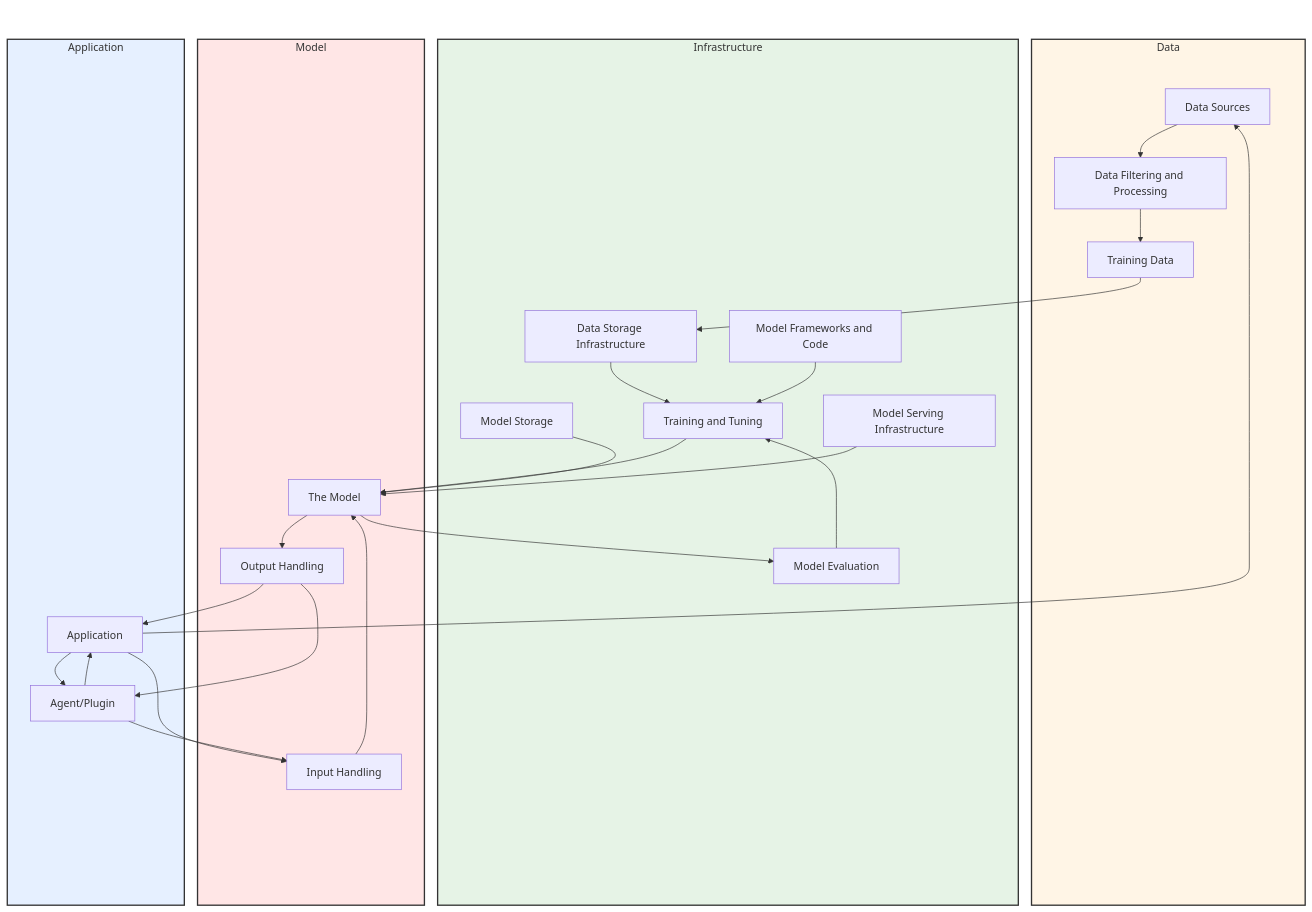
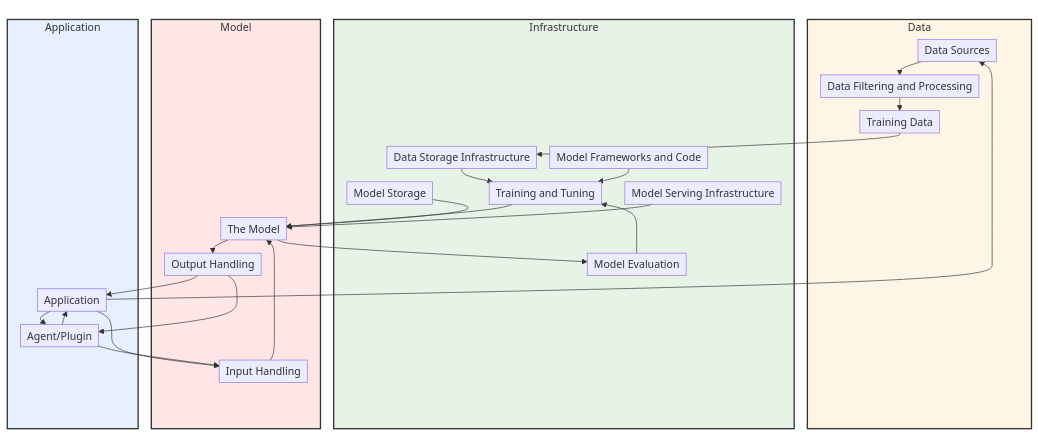
Before and after one commit to davidlabianca/secure-ai-tooling: the diagram in risk-map/docs/risk-map-graph.md, drawn with Mermaid. The commit also changed 4 other files, not shown here.

````diff
--- a/risk-map/docs/risk-map-graph.md
+++ b/risk-map/docs/risk-map-graph.md
@@ -1,67 +1,69 @@
 ```mermaid
 graph TD
+   %%{init: {'flowchart': {'nodeSpacing': 20, 'rankSpacing': 20, 'padding': 5, 'wrappingWidth': 250}}}%%
     classDef hidden display: none;
+    classDef allControl stroke:#4285f4,stroke-width:2px,stroke-dasharray: 5 5
 
     root:::hidden
     
 subgraph Data
     DataAnchor:::hidden ~~~ componentDataSources
     componentDataSources[Data Sources]
     componentDataFilteringAndProcessing[Data Filtering and Processing]
     componentTrainingData[Training Data]
     componentTrainingData ~~~~~~~~~~~~ DataEnd:::hidden
 end
 subgraph Infrastructure
     InfrastructureAnchor:::hidden ~~~~~~ componentDataStorage
     componentDataStorage[Data Storage Infrastructure]
     componentModelFrameworksAndCode[Model Frameworks and Code]
     componentModelEvaluation[Model Evaluation]
-    componentTrainingTuning[Training and Tuning]
+    componentModelTrainingTuning[Training and Tuning]
     componentModelStorage[Model Storage]
     componentModelServing[Model Serving Infrastructure]
     componentModelEvaluation ~~~~~~~~ InfrastructureEnd:::hidden
 end
 subgraph Model
     ModelAnchor:::hidden ~~~~~~~~ componentTheModel
     componentTheModel[The Model]
     componentInputHandling[Input Handling]
     componentOutputHandling[Output Handling]
     componentInputHandling ~~~~~ ModelEnd:::hidden
 end
 subgraph Application
     ApplicationAnchor:::hidden ~~~~~~~~~~ componentApplication
     componentApplication[Application]
     componentAgentPlugin[Agent/Plugin]
     componentAgentPlugin ~~~~~~ ApplicationEnd:::hidden
 end
     root ~~~ DataAnchor:::hidden
     root ~~~ InfrastructureAnchor:::hidden
     root ~~~ ModelAnchor:::hidden
     root ~~~ ApplicationAnchor:::hidden
 
     componentDataSources[Data Sources] --> componentDataFilteringAndProcessing[Data Filtering and Processing]
     componentDataFilteringAndProcessing[Data Filtering and Processing] --> componentTrainingData[Training Data]
     componentTrainingData[Training Data] --> componentDataStorage[Data Storage Infrastructure]
-    componentDataStorage[Data Storage Infrastructure] --> componentTrainingTuning[Training and Tuning]
-    componentModelFrameworksAndCode[Model Frameworks and Code] --> componentTrainingTuning[Training and Tuning]
-    componentModelEvaluation[Model Evaluation] --> componentTrainingTuning[Training and Tuning]
-    componentTrainingTuning[Training and Tuning] --> componentTheModel[The Model]
+    componentDataStorage[Data Storage Infrastructure] --> componentModelTrainingTuning[Training and Tuning]
+    componentModelFrameworksAndCode[Model Frameworks and Code] --> componentModelTrainingTuning[Training and Tuning]
+    componentModelEvaluation[Model Evaluation] --> componentModelTrainingTuning[Training and Tuning]
+    componentModelTrainingTuning[Training and Tuning] --> componentTheModel[The Model]
     componentModelStorage[Model Storage] --> componentTheModel[The Model]
     componentModelServing[Model Serving Infrastructure] --> componentTheModel[The Model]
     componentTheModel[The Model] --> componentOutputHandling[Output Handling]
     componentTheModel[The Model] --> componentModelEvaluation[Model Evaluation]
     componentInputHandling[Input Handling] --> componentTheModel[The Model]
     componentOutputHandling[Output Handling] --> componentApplication[Application]
     componentOutputHandling[Output Handling] --> componentAgentPlugin[Agent/Plugin]
     componentApplication[Application] --> componentInputHandling[Input Handling]
     componentApplication[Application] --> componentAgentPlugin[Agent/Plugin]
     componentApplication[Application] --> componentDataSources[Data Sources]
     componentAgentPlugin[Agent/Plugin] --> componentInputHandling[Input Handling]
     componentAgentPlugin[Agent/Plugin] --> componentApplication[Application]
 
 %% Style definitions
-    style Infrastructure fill:#e6f3e6,stroke:#333,stroke-width:2px
-    style Data fill:#fff5e6,stroke:#333,stroke-width:2px
-    style Application fill:#e6f0ff,stroke:#333,stroke-width:2px
-    style Model fill:#ffe6e6,stroke:#333,stroke-width:2px
+    style Infrastructure fill:#e6f3e6,stroke:#333333,stroke-width:2px
+    style Data fill:#fff5e6,stroke:#333333,stroke-width:2px
+    style Application fill:#e6f0ff,stroke:#333333,stroke-width:2px
+    style Model fill:#ffe6e6,stroke:#333333,stroke-width:2px
 ```
````
